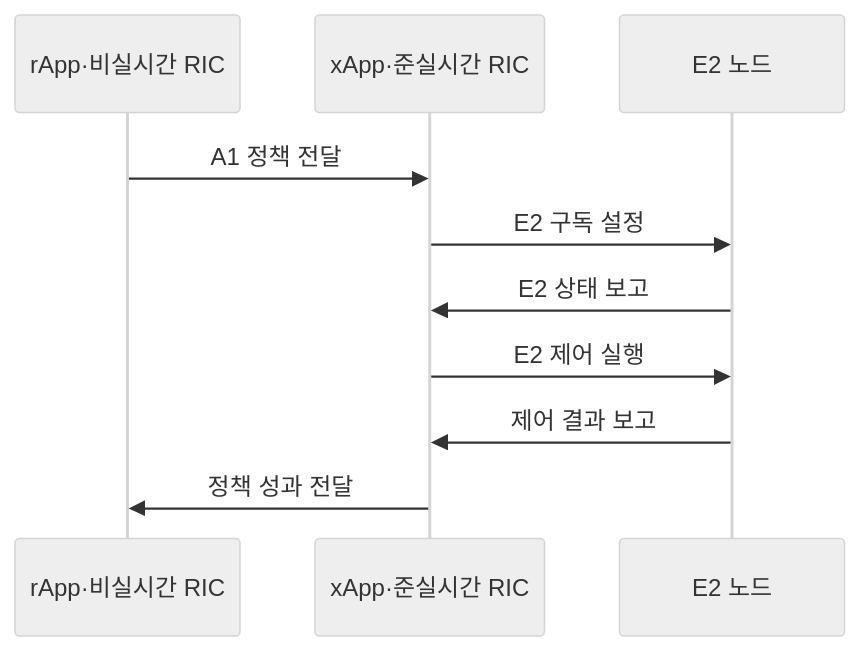
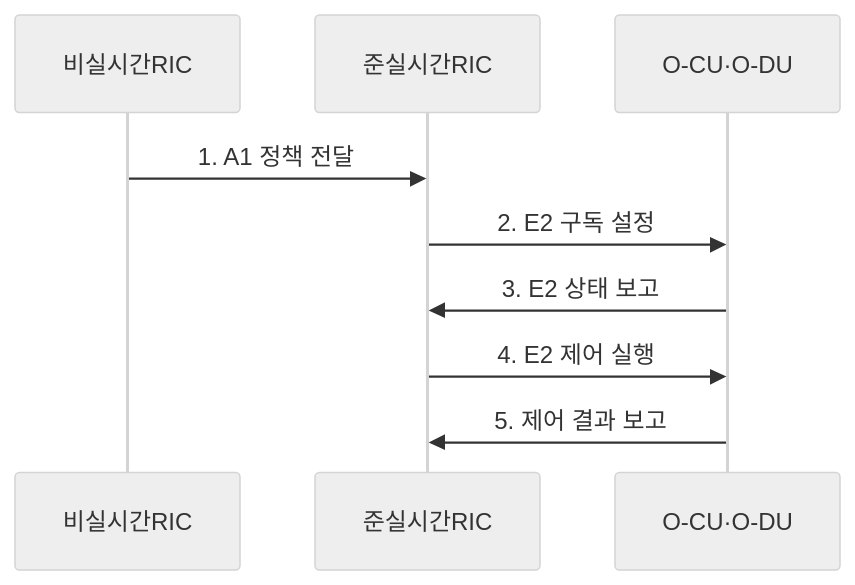
Before and after one commit to agnusdei1207/knowledge-base: the second of 2 diagrams in src/content/docs/notes/04-network/045_open_ran.md, drawn with Mermaid (neutral theme). The commit also changed other lines of this file and 20 other files, not shown here.

````diff
--- a/src/content/docs/notes/04-network/045_open_ran.md
+++ b/src/content/docs/notes/04-network/045_open_ran.md
@@ -100,12 +86,11 @@
 ```mermaid
 sequenceDiagram
-    participant R as rApp·비실시간 RIC
-    participant X as xApp·준실시간 RIC
-    participant E as E2 노드
-    R->>X: A1 정책 전달
-    X->>E: E2 구독 설정
-    E->>X: E2 상태 보고
-    X->>E: E2 제어 실행
-    E->>X: 제어 결과 보고
-    X->>R: 정책 성과 전달
+    participant 비실시간RIC
+    participant 준실시간RIC
+    participant O-CU·O-DU
+    비실시간RIC->>준실시간RIC: 1. A1 정책 전달
+    준실시간RIC->>O-CU·O-DU: 2. E2 구독 설정
+    O-CU·O-DU->>준실시간RIC: 3. E2 상태 보고
+    준실시간RIC->>O-CU·O-DU: 4. E2 제어 실행
+    O-CU·O-DU->>준실시간RIC: 5. 제어 결과 보고
 ```
````
